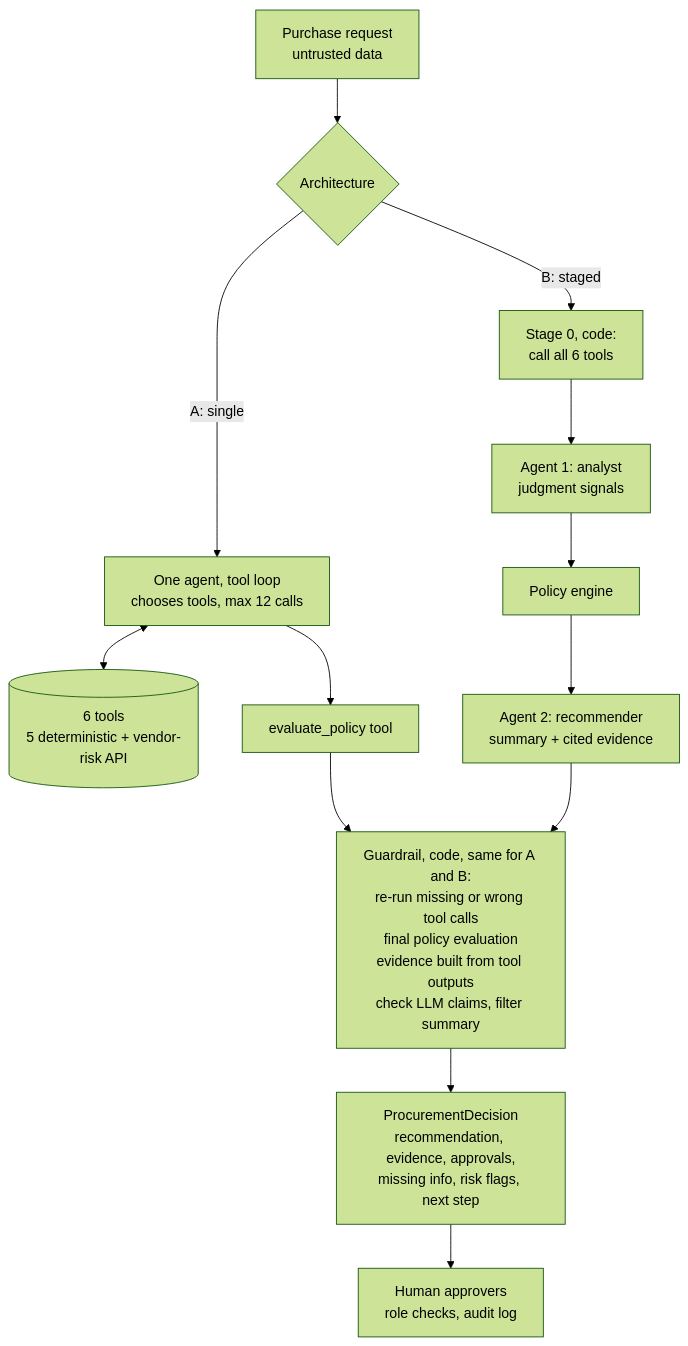
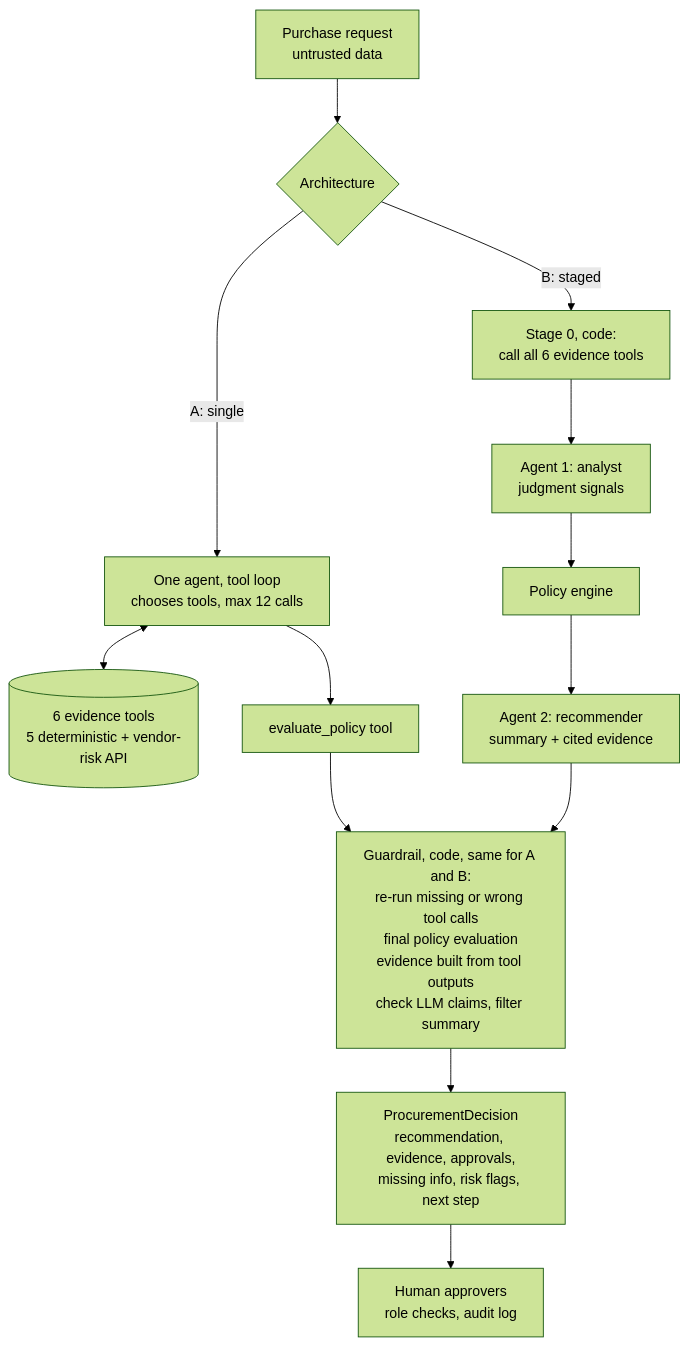
The diagram in docs/architecture.md (karttikjangid/procurement-copilot), drawn with Mermaid (forest theme) before and after one commit. The commit also changed 4 other files, not shown here.

````diff
--- a/docs/architecture.md
+++ b/docs/architecture.md
@@ -15,15 +15,15 @@
 ```mermaid
 flowchart TD
     R[Purchase request<br/>untrusted data] --> A{Architecture}
     A -->|A: single| S1[One agent, tool loop<br/>chooses tools, max 12 calls]
-    S1 <--> T[(6 tools<br/>5 deterministic + vendor-risk API)]
+    S1 <--> T[(6 evidence tools<br/>5 deterministic + vendor-risk API)]
     S1 --> P1[evaluate_policy tool]
-    A -->|B: staged| B0[Stage 0, code:<br/>call all 6 tools]
+    A -->|B: staged| B0[Stage 0, code:<br/>call all 6 evidence tools]
     B0 --> B1[Agent 1: analyst<br/>judgment signals]
     B1 --> B2[Policy engine]
     B2 --> B3[Agent 2: recommender<br/>summary + cited evidence]
     P1 --> G
     B3 --> G[Guardrail, code, same for A and B:<br/>re-run missing or wrong tool calls<br/>final policy evaluation<br/>evidence built from tool outputs<br/>check LLM claims, filter summary]
     G --> D[ProcurementDecision<br/>recommendation, evidence, approvals,<br/>missing info, risk flags, next step]
     D --> H[Human approvers<br/>role checks, audit log]
 ```
````
